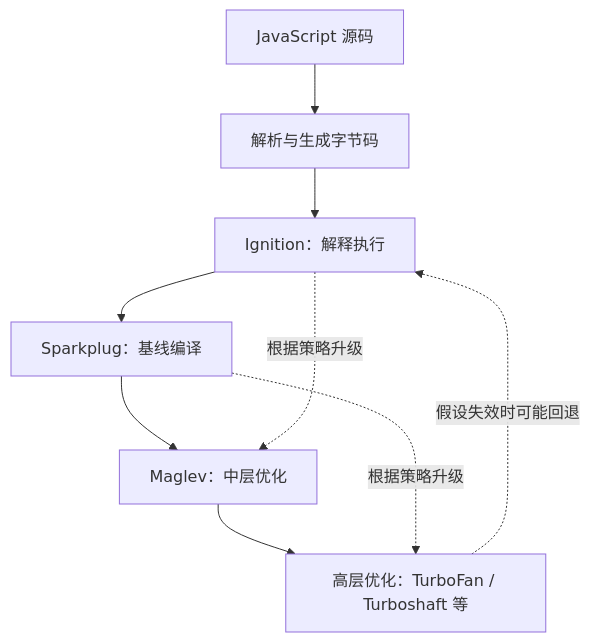
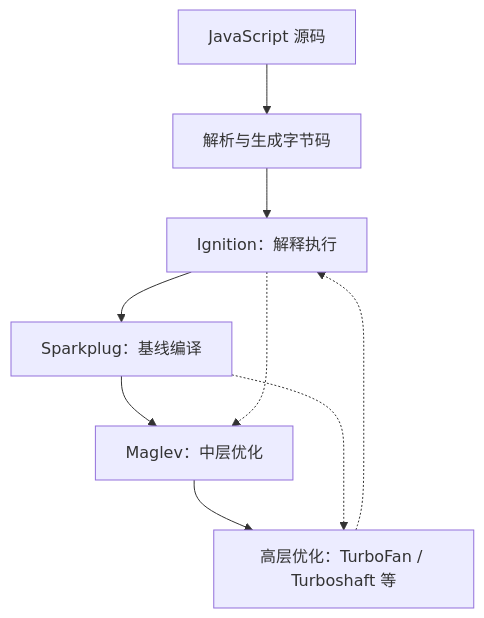
One commit to coffe1891/frontend-hard-mode-interview changed the seventh of 7 diagrams in 1/1.4.4.md. Above: the diagram before and after it, drawn with Mermaid.

Commit message:
docs: polish runnable examples and diagram syntax

````diff
--- a/1/1.4.4.md
+++ b/1/1.4.4.md
@@ -268,11 +268,11 @@
 ```mermaid
 flowchart TD
     A["JavaScript 源码"] --> B["解析与生成字节码"]
     B --> C["Ignition：解释执行"]
     C --> D["Sparkplug：基线编译"]
     D --> E["Maglev：中层优化"]
     E --> F["高层优化：TurboFan / Turboshaft 等"]
-    C -. "根据策略升级" .-> E
-    D -. "根据策略升级" .-> F
-    F -. "假设失效时可能回退" .-> C
+    C -.-> E
+    D -.-> F
+    F -.-> C
 ```
````
